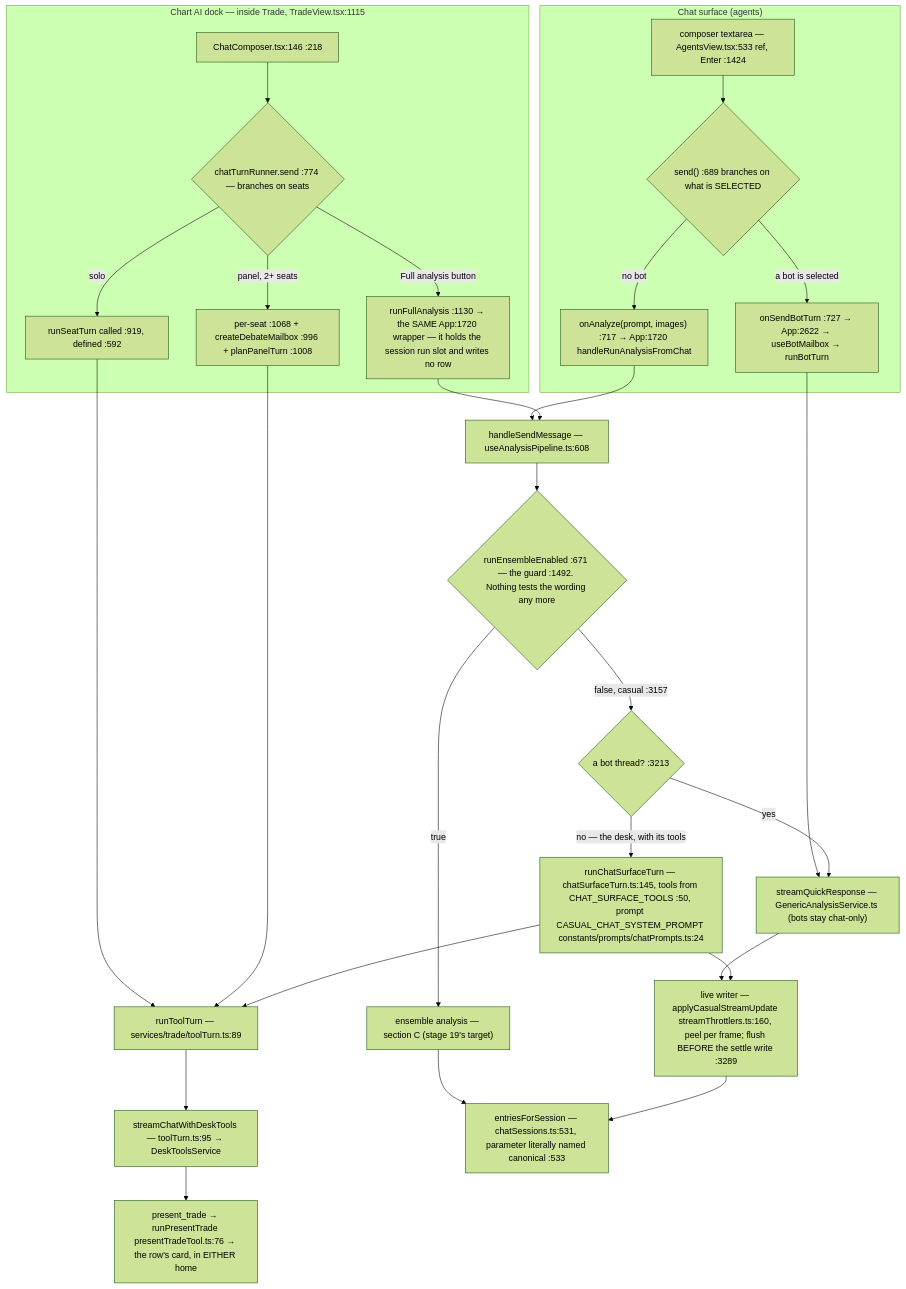
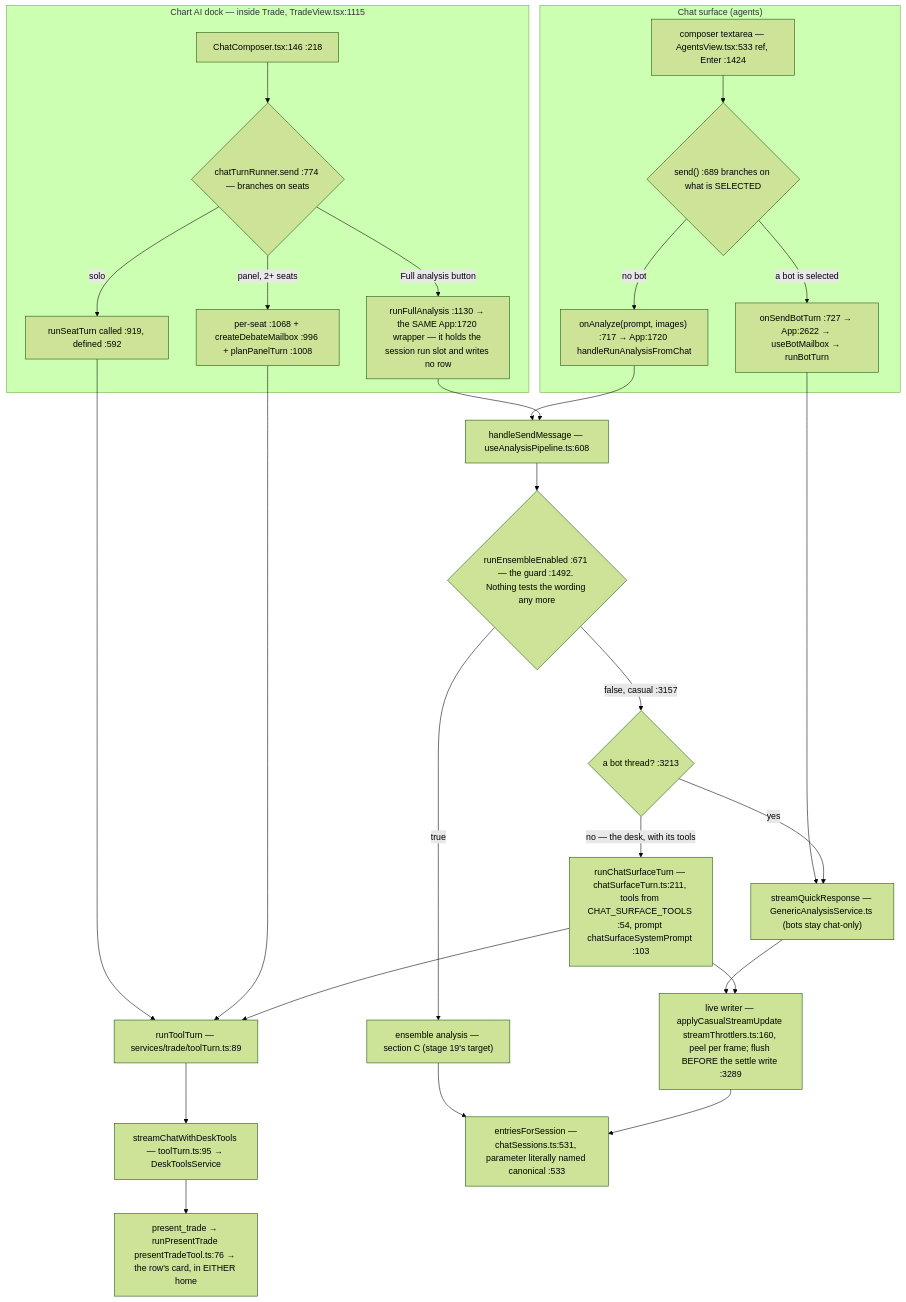
The second of 7 diagrams in docs/app-flow.md (Acepay25/august-3.5), drawn with Mermaid (forest theme) before and after one commit. The commit also changed other lines of this file and 8 other files, not shown here.

````diff
--- a/docs/app-flow.md
+++ b/docs/app-flow.md
@@ -49,31 +49,31 @@
 ```mermaid
 flowchart TD
     subgraph CHAT["Chat surface (agents)"]
         CB["composer textarea — AgentsView.tsx:533 ref, Enter :1424"] --> D1{"send() :689 branches on what is SELECTED"}
         D1 -->|a bot is selected| BOT["onSendBotTurn :727 → App:2622 → useBotMailbox → runBotTurn"]
         D1 -->|no bot| AN["onAnalyze(prompt, images) :717 → App:1720 handleRunAnalysisFromChat"]
     end
     subgraph DOCK["Chart AI dock — inside Trade, TradeView.tsx:1115"]
         DC["ChatComposer.tsx:146 :218"] --> D2{"chatTurnRunner.send :774 — branches on seats"}
         D2 -->|solo| SO["runSeatTurn called :919, defined :592"]
         D2 -->|panel, 2+ seats| PN["per-seat :1068 + createDebateMailbox :996 + planPanelTurn :1008"]
         D2 -->|Full analysis button| FA["runFullAnalysis :1130 → the SAME App:1720 wrapper — it holds the session run slot and writes no row"]
     end
     SO --> TT["runToolTurn — services/trade/toolTurn.ts:89"]
     PN --> TT
     TT --> SCDT["streamChatWithDeskTools — toolTurn.ts:95 → DeskToolsService"]
     BOT --> TR["streamQuickResponse — GenericAnalysisService.ts (bots stay chat-only)"]
     AN --> HSM["handleSendMessage — useAnalysisPipeline.ts:608"]
     FA --> HSM
     HSM --> D3{"runEnsembleEnabled :671 — the guard :1492. Nothing tests the wording any more"}
     D3 -->|true| ENS["ensemble analysis — section C (stage 19's target)"]
     D3 -->|false, casual :3157| SPLIT{"a bot thread? :3213"}
     SPLIT -->|yes| TR
-    SPLIT -->|no — the desk, with its tools| CST["runChatSurfaceTurn — chatSurfaceTurn.ts:145, tools from CHAT_SURFACE_TOOLS :50, prompt CASUAL_CHAT_SYSTEM_PROMPT constants/prompts/chatPrompts.ts:24"]
+    SPLIT -->|no — the desk, with its tools| CST["runChatSurfaceTurn — chatSurfaceTurn.ts:211, tools from CHAT_SURFACE_TOOLS :54, prompt chatSurfaceSystemPrompt :103"]
     CST --> TT
     TR --> LW["live writer — applyCasualStreamUpdate streamThrottlers.ts:160, peel per frame; flush BEFORE the settle write :3289"]
     CST --> LW
     ENS --> MERGE
     LW --> MERGE["entriesForSession — chatSessions.ts:531, parameter literally named canonical :533"]
     SCDT --> PT["present_trade → runPresentTrade presentTradeTool.ts:76 → the row's card, in EITHER home"]
 ```
````
